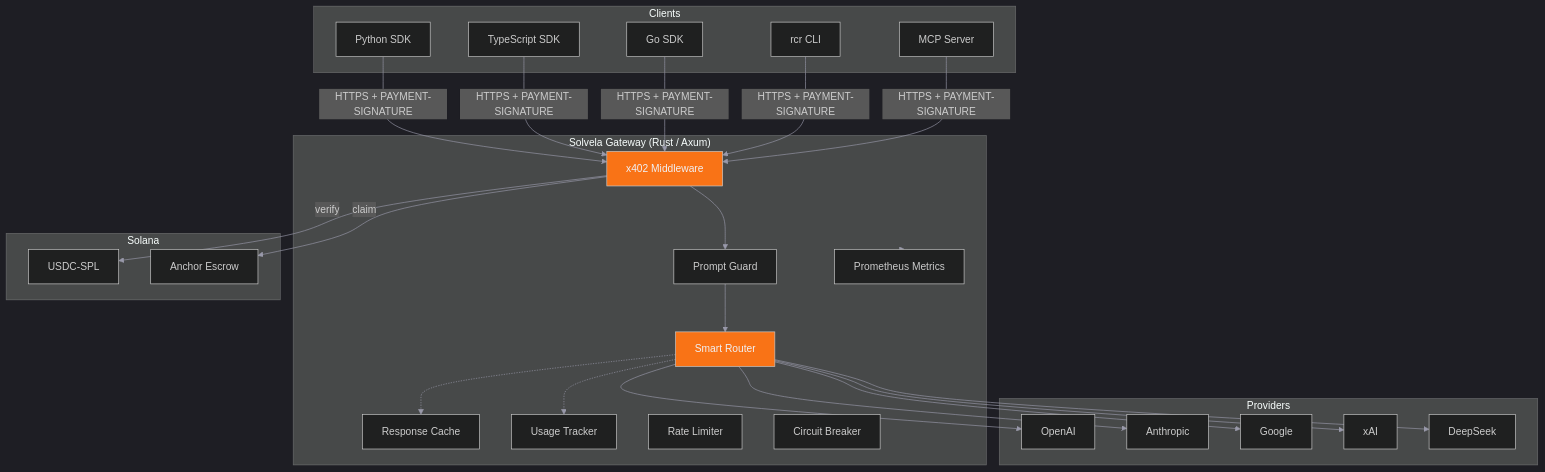
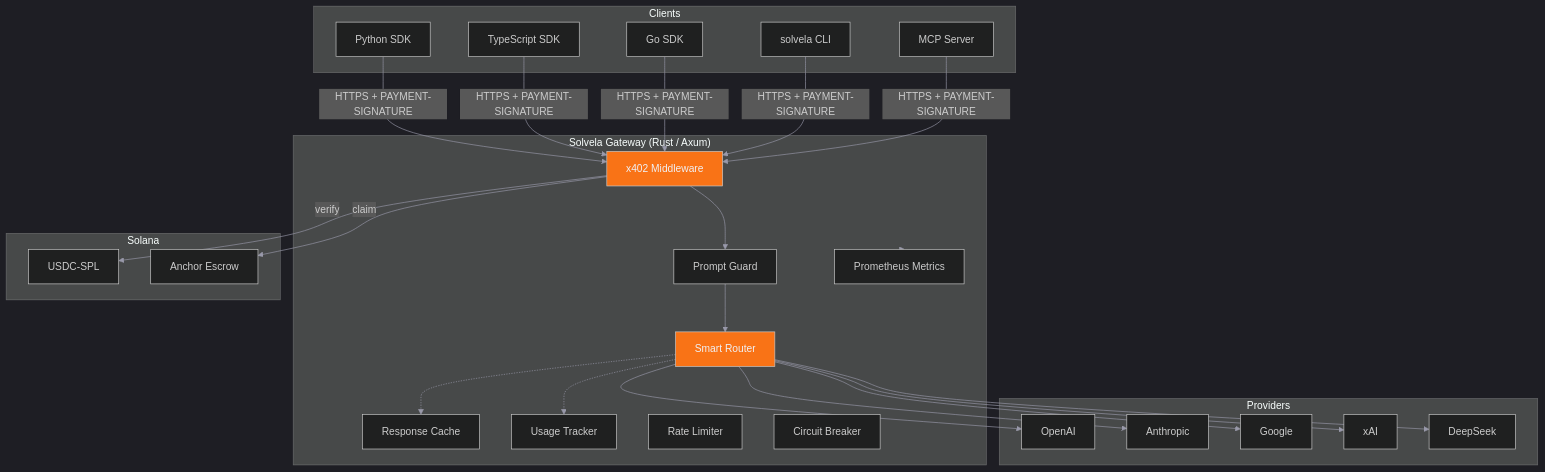
Before and after one commit to solvela-ai/solvela: the diagram in docs/book/src/introduction.md, drawn with Mermaid. The commit also changed other lines of this file and 6 other files, not shown here.

````diff
--- a/docs/book/src/introduction.md
+++ b/docs/book/src/introduction.md
@@ -18,47 +18,47 @@
 ```mermaid
 %%{init: {'theme': 'dark', 'themeVariables': {'primaryColor': '#F97316', 'primaryTextColor': '#F0F0F4', 'primaryBorderColor': '#F97316', 'lineColor': '#9999AA', 'secondaryColor': '#2a2a2a', 'tertiaryColor': '#1a1a1a'}}}%%
 graph TB
     subgraph Clients
         PY[Python SDK]
         TS[TypeScript SDK]
         GO[Go SDK]
-        CLI[rcr CLI]
+        CLI[solvela CLI]
         MCP[MCP Server]
     end
 
     subgraph Gateway["Solvela Gateway (Rust / Axum)"]
         MW[x402 Middleware]
         PG[Prompt Guard]
         SR[Smart Router]
         RC[Response Cache]
         UT[Usage Tracker]
         RL[Rate Limiter]
         CB[Circuit Breaker]
         PM[Prometheus Metrics]
     end
 
     subgraph Providers
         OAI[OpenAI]
         ANT[Anthropic]
         GOO[Google]
         XAI[xAI]
         DS[DeepSeek]
     end
 
     subgraph Solana
         USDC[USDC-SPL]
         ESC[Anchor Escrow]
     end
 
     PY & TS & GO & CLI & MCP -->|"HTTPS + PAYMENT-SIGNATURE"| MW
     MW --> PG --> SR
     SR --> OAI & ANT & GOO & XAI & DS
     MW -->|"verify"| USDC
     MW -->|"claim"| ESC
     SR -.-> RC
     SR -.-> UT
     Gateway -.-> PM
 
     style MW fill:#F97316,color:#F0F0F4
     style SR fill:#F97316,color:#F0F0F4
 ```
````
